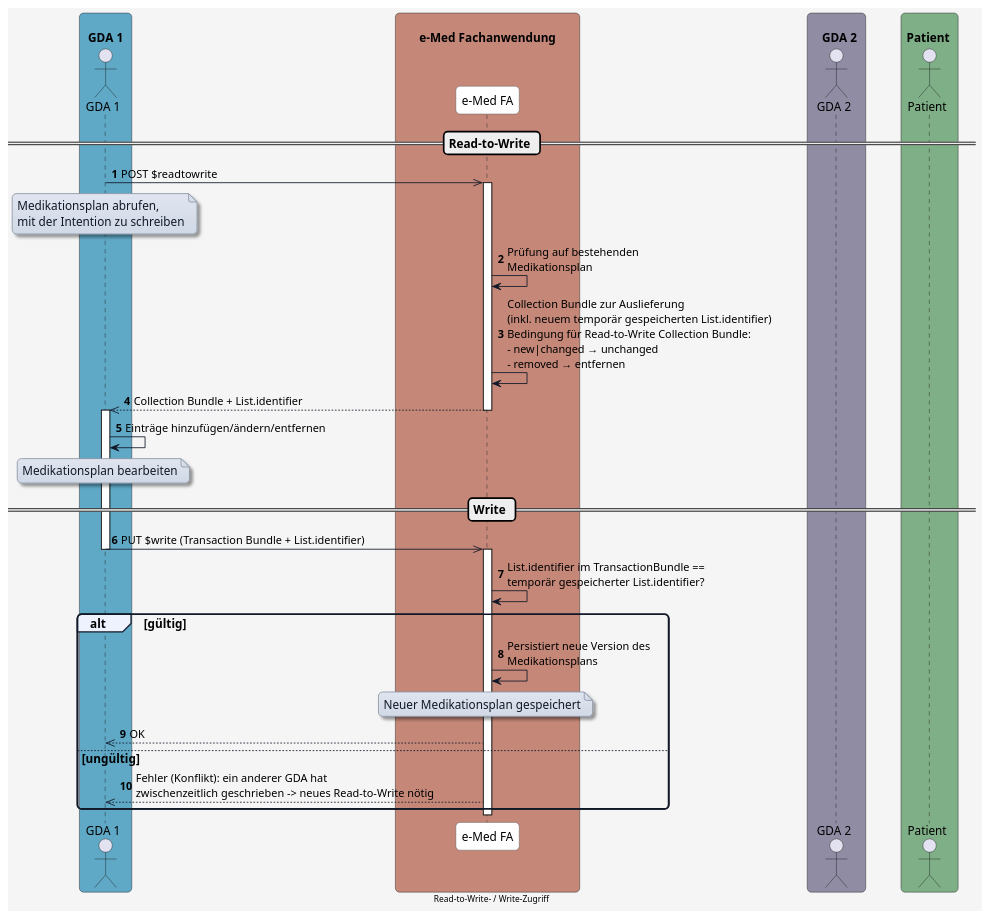
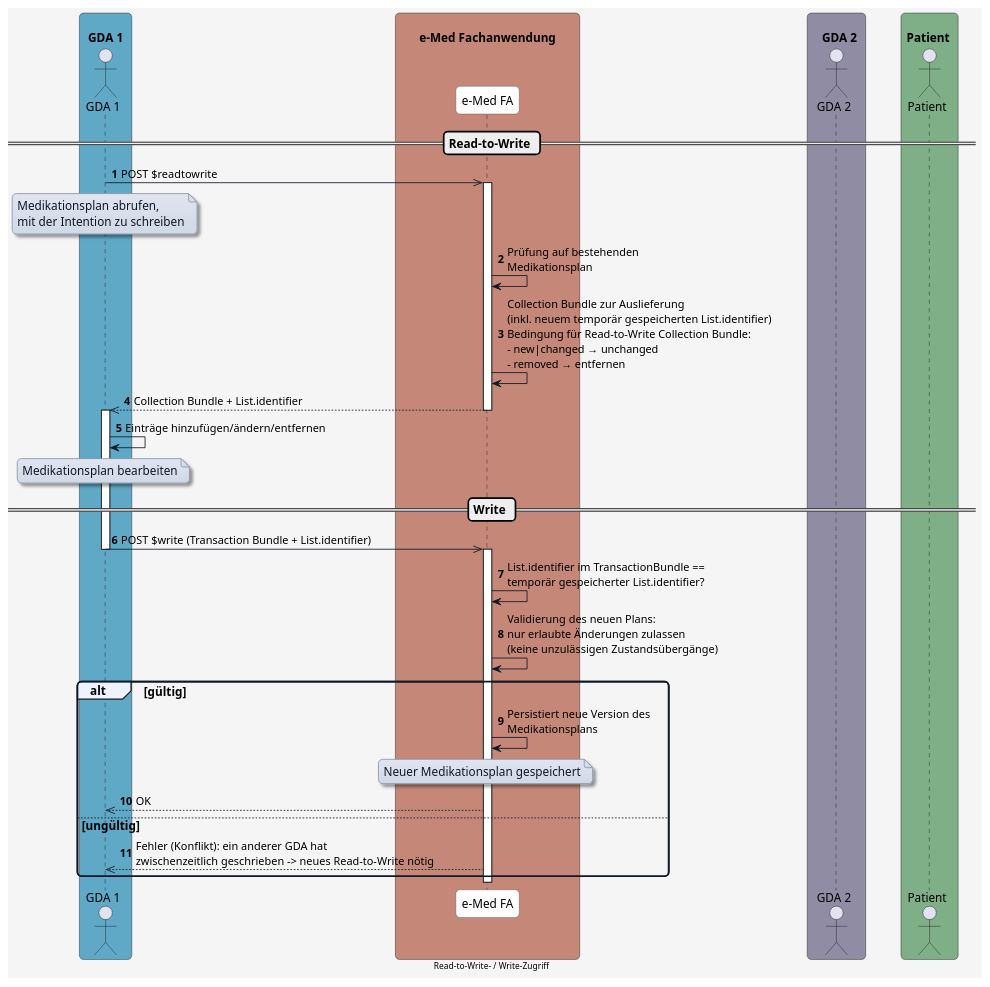
Before and after one commit to HL7Austria/ELGA-e-Medikation-R4: the diagram in input/images-source/diagram_readtowrite.plantuml, drawn with PlantUML. The commit also changed 4 other files, not shown here.

Commit message:
Update diagram

```diff
--- a/input/images-source/diagram_readtowrite.plantuml
+++ b/input/images-source/diagram_readtowrite.plantuml
@@ -1,110 +1,111 @@
 @startuml
 skinparam borderColor #000000
 skinparam backgroundColor #f5f5f5
 skinparam shadowing false
 skinparam roundCorner 10
 skinparam defaultFontName "Arial"
 skinparam defaultFontSize 14
 skinparam defaultFontColor #000000
 
 skinparam note {
   BackgroundColor #e0e5f0-#d1d9e6
   BorderColor #8b95a5
   BorderThickness 1
   RoundCorner 8
   Padding 6
   FontColor #111827
   Shadowing true
 }
 
 skinparam HyperlinkColor #0000EE
 skinparam HyperlinkUnderline false
 
 skinparam sequence {
   ParticipantBorderColor #555555
   ParticipantBackgroundColor #ffffff
   ParticipantFontColor #000000
   ParticipantFontSize 14
   ParticipantPadding 20
   ArrowColor #111827
   ArrowThickness 1
   ArrowFontColor #000000
   ArrowFontSize 13
   GroupBorderColor #111827
   GroupBackgroundColor #eef2ff
   GroupBorderThickness 2
 }
 
 skinparam BoxPadding 20
 skinparam BoxBorderColor #555555
 
 box "\n  GDA 1  " #5FA8C6
   actor GDA_1 as "GDA 1"
 end box
 
 box "\n       e-Med Fachanwendung       " #C48778
   participant eMed_FA as "e-Med FA"
 end box
 
 box "\n    GDA 2  " #8F8CA3
   actor GDA_2 as "GDA 2"
 end box
 
 box "\n Patient  " #7FAF87
   actor Patient as "Patient"
 end box
 
 
 autonumber
 
  
 == Read-to-Write ==
 
 GDA_1 ->> eMed_FA: POST $readtowrite
 note over GDA_1
 Medikationsplan abrufen, 
 mit der Intention zu schreiben
 end note
 
 activate eMed_FA
 eMed_FA -> eMed_FA: Prüfung auf bestehenden\nMedikationsplan
 eMed_FA -> eMed_FA: Collection Bundle zur Auslieferung\n(inkl. neuem temporär gespeicherten List.identifier)\nBedingung für Read-to-Write Collection Bundle:\n- new|changed → unchanged\n- removed → entfernen
 
 eMed_FA -->> GDA_1: Collection Bundle + List.identifier
 deactivate eMed_FA
 
 activate GDA_1
 GDA_1 -> GDA_1: Einträge hinzufügen/ändern/entfernen
 
 note over GDA_1
 Medikationsplan bearbeiten
 end note
 
 == Write ==
 
-GDA_1 ->> eMed_FA: PUT $write (Transaction Bundle + List.identifier)
+GDA_1 ->> eMed_FA: POST $write (Transaction Bundle + List.identifier)
 deactivate GDA_1
 
 activate eMed_FA
 eMed_FA -> eMed_FA: List.identifier im TransactionBundle ==\ntemporär gespeicherter List.identifier?
+eMed_FA -> eMed_FA: Validierung des neuen Plans:\nnur erlaubte Änderungen zulassen\n(keine unzulässigen Zustandsübergänge)
 
 alt gültig
   eMed_FA -> eMed_FA: Persistiert neue Version des\nMedikationsplans
 
   note over eMed_FA
   Neuer Medikationsplan gespeichert
   end note
 
   eMed_FA -->> GDA_1: OK
 else ungültig
   eMed_FA -->> GDA_1: Fehler (Konflikt): ein anderer GDA hat\nzwischenzeitlich geschrieben -> neues Read-to-Write nötig
 end
 
 
 deactivate eMed_FA
 
 
 center footer Read-to-Write- / Write-Zugriff
 
 
 @enduml
```
